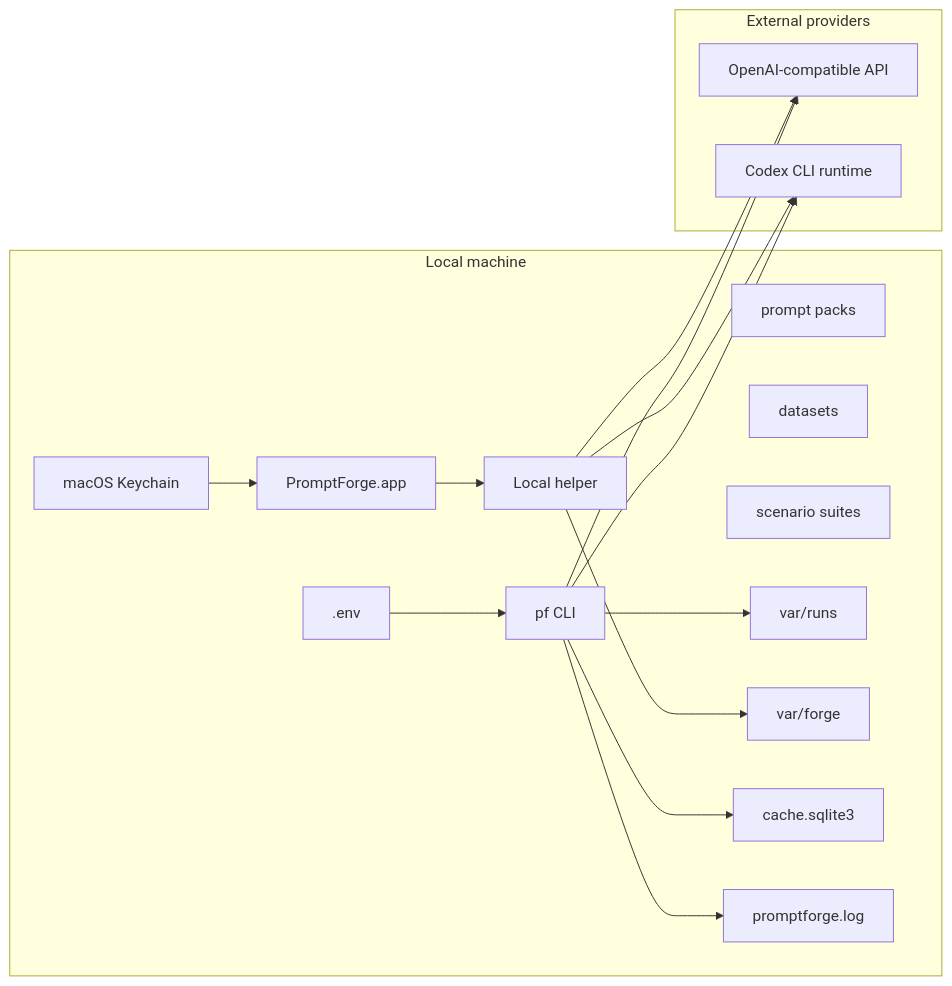
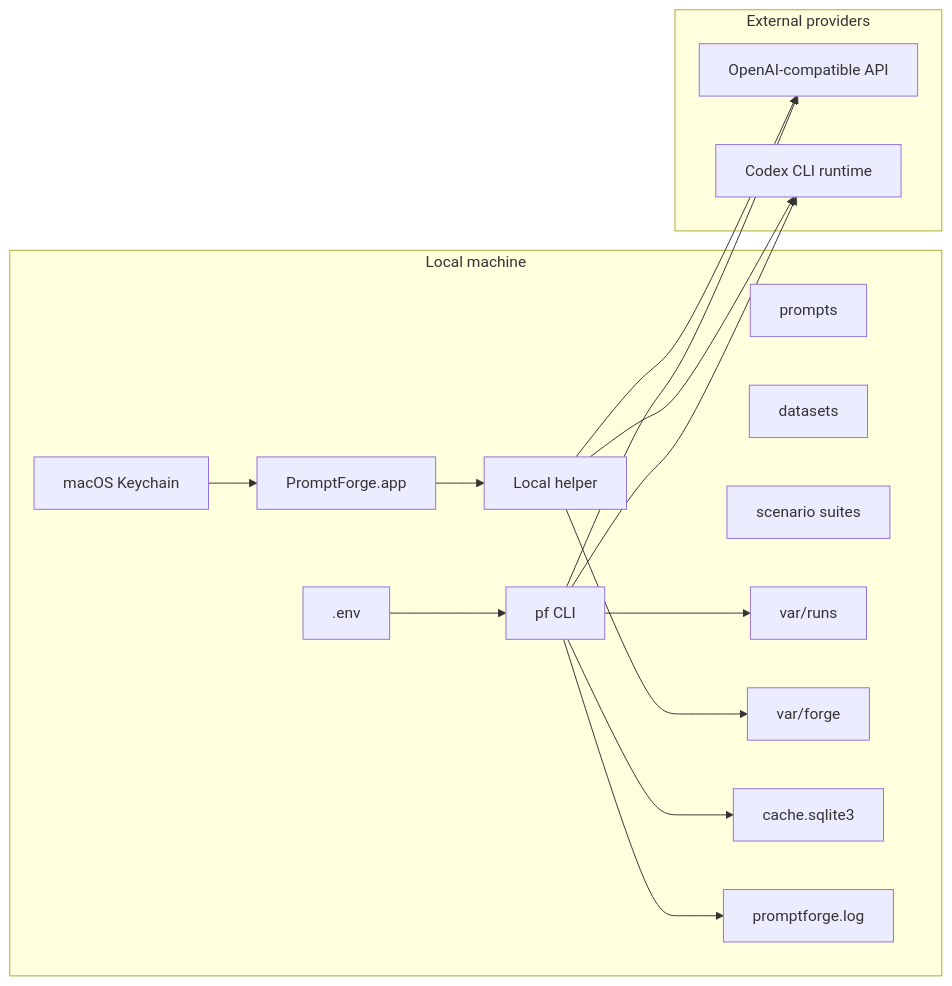
One commit to MikesHorcrux/PromptForge changed the diagram in docs/security-and-safety.md. Above: the diagram before and after it, drawn with Mermaid. The commit also changed 46 other files, not shown here.

````diff
--- a/docs/security-and-safety.md
+++ b/docs/security-and-safety.md
@@ -47,34 +47,34 @@
 ```mermaid
 flowchart LR
   subgraph Local["Local machine"]
     Env[".env"]
     Keychain["macOS Keychain"]
     App["PromptForge.app"]
     Helper["Local helper"]
     CLI["pf CLI"]
-    Packs["prompt packs"]
+    Packs["prompts"]
     Data["datasets"]
     Scenarios["scenario suites"]
     Runs["var/runs"]
     Forge["var/forge"]
     Cache["cache.sqlite3"]
     Logs["promptforge.log"]
   end
 
   subgraph External["External providers"]
     OpenAI["OpenAI-compatible API"]
     Codex["Codex CLI runtime"]
   end
 
   Env --> CLI
   Keychain --> App
   App --> Helper
   Helper --> OpenAI
   Helper --> Codex
   CLI --> OpenAI
   CLI --> Codex
   Helper --> Forge
   CLI --> Runs
   CLI --> Cache
   CLI --> Logs
 ```
````
